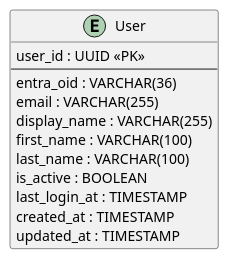
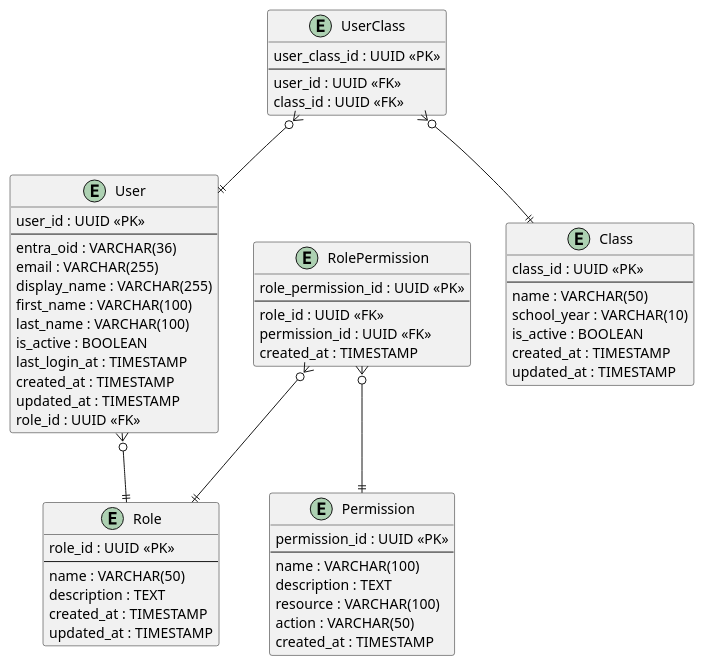
Before and after one commit to melanie-bauer/Novedu: the diagram in docs/analysis/erd.puml, drawn with PlantUML.

Commit message:
feat: expand ERD with Role, Permission, Class, and UserClass entities #28

```diff
--- a/docs/analysis/erd.puml
+++ b/docs/analysis/erd.puml
@@ -1,17 +1,70 @@
 @startuml Novedu ERD
 
 entity "User" as user {
   user_id : UUID <<PK>>
   --
   entra_oid : VARCHAR(36)
   email : VARCHAR(255)
   display_name : VARCHAR(255)
   first_name : VARCHAR(100)
   last_name : VARCHAR(100)
   is_active : BOOLEAN
   last_login_at : TIMESTAMP
   created_at : TIMESTAMP
   updated_at : TIMESTAMP
+  role_id : UUID <<FK>>
 }
 
+
+entity "Role" as role {
+  role_id : UUID <<PK>>
+  --
+  name : VARCHAR(50)
+  description : TEXT
+  created_at : TIMESTAMP
+  updated_at : TIMESTAMP
+}
+
+entity "Permission" as permission {
+  permission_id : UUID <<PK>>
+  --
+  name : VARCHAR(100)
+  description : TEXT
+  resource : VARCHAR(100)
+  action : VARCHAR(50)
+  created_at : TIMESTAMP
+}
+entity "RolePermission" as role_permission {
+  role_permission_id : UUID <<PK>>
+  --
+  role_id : UUID <<FK>>
+  permission_id : UUID <<FK>>
+  created_at : TIMESTAMP
+}
+
+entity "Class" as class {
+  class_id : UUID <<PK>>
+  --
+  name : VARCHAR(50)
+  school_year : VARCHAR(10)
+  is_active : BOOLEAN
+  created_at : TIMESTAMP
+  updated_at : TIMESTAMP
+}
+
+entity "UserClass" as user_class {
+  user_class_id : UUID <<PK>>
+  --
+  user_id : UUID <<FK>>
+  class_id : UUID <<FK>>
+}
+
+
+
+user }o--|| role
+user_class }o--|| user
+user_class }o--|| class
+role_permission }o--|| role
+role_permission }o--|| permission
+
 @enduml
```
